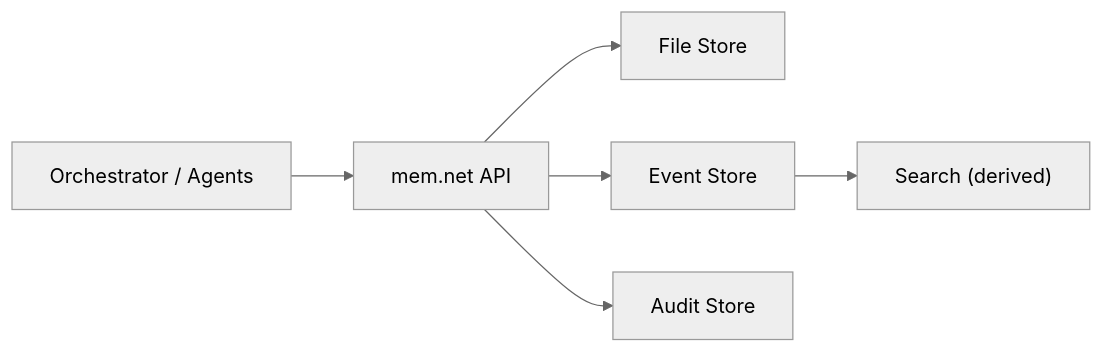
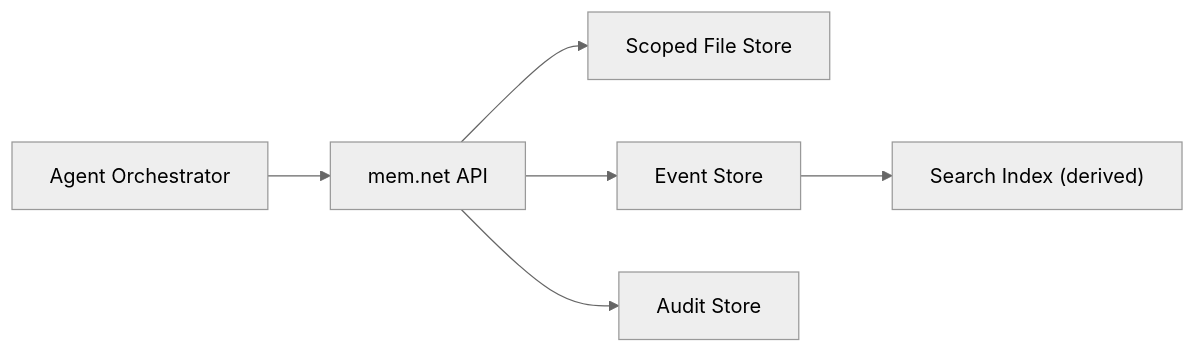
Before and after one commit to TianqiZhang/mem.net: the diagram in README.md, drawn with Mermaid (neutral theme). The commit also changed other lines of this file and 6 other files, not shown here.

````diff
--- a/README.md
+++ b/README.md
@@ -51,8 +30,8 @@
 ```mermaid
 flowchart LR
-    A["Orchestrator / Agents"] --> B["mem.net API"]
-    B --> C["File Store"]
+    A["Agent Orchestrator"] --> B["mem.net API"]
+    B --> C["Scoped File Store"]
     B --> D["Event Store"]
-    B --> E["Audit Store"]
-    D --> F["Search (derived)"]
+    D --> E["Search Index (derived)"]
+    B --> F["Audit Store"]
 ```
````
